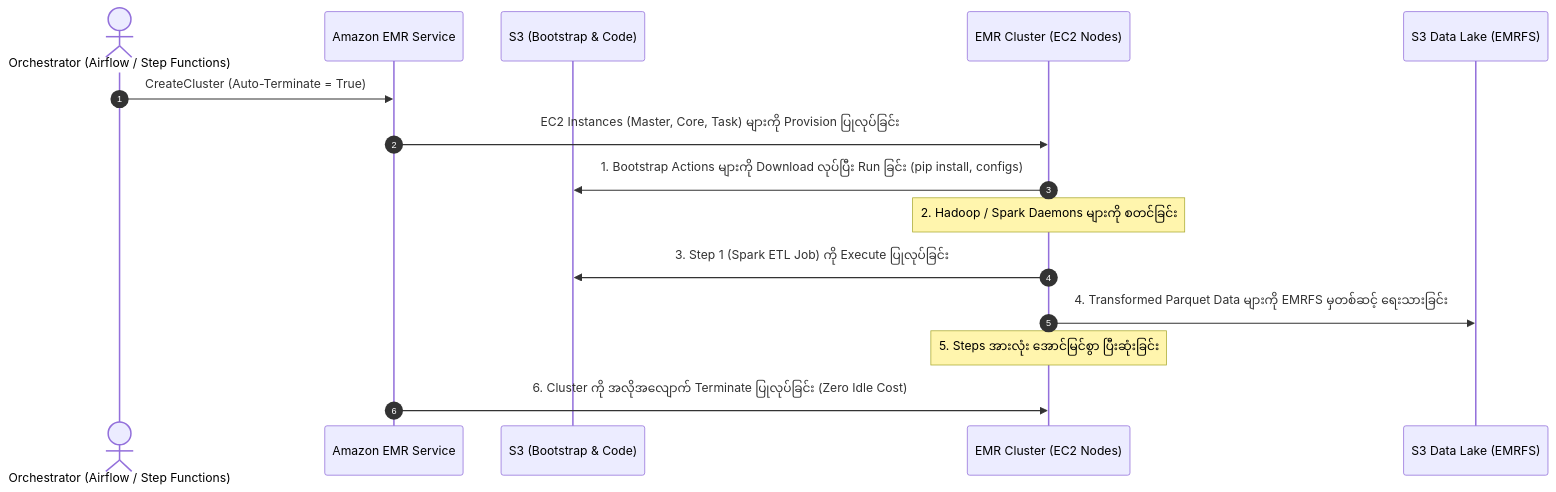
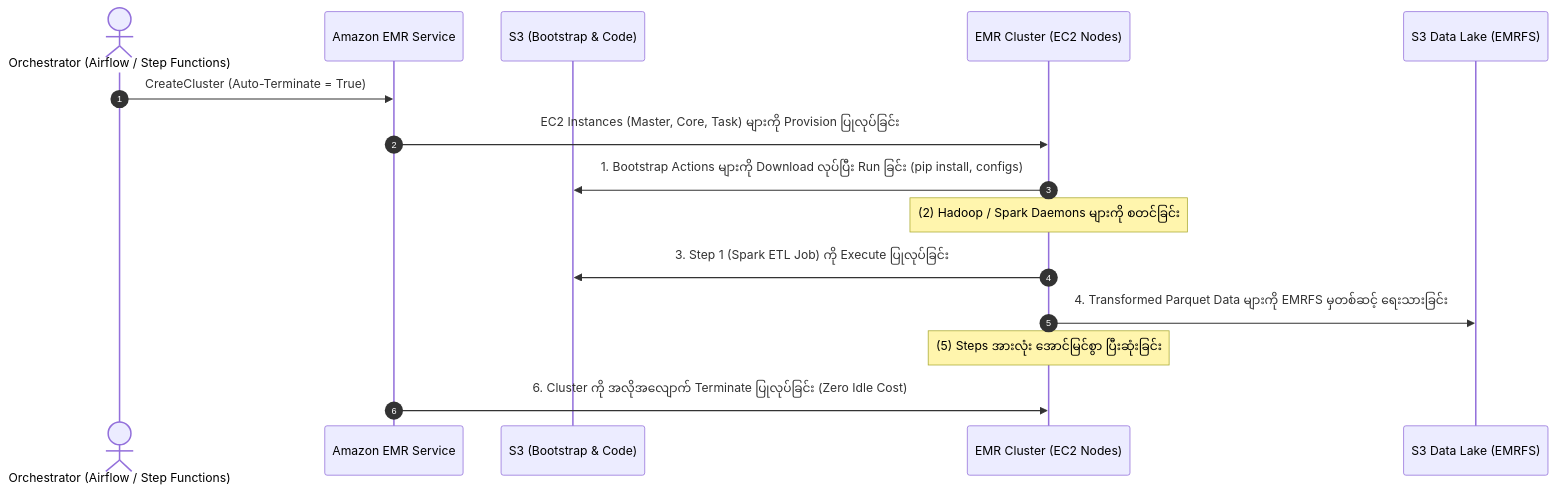
One commit to Wathon/aws-dea-c01-note changed the first of 2 diagrams in content/mm/02-services/analytics-streaming/emr/emr-lifecycle-and-cost.md. Above: the diagram before and after it, drawn with Mermaid. The commit also changed other lines of this file and 49 other files, not shown here.

Commit message:
Fix 'Unsupported markdown: list' Mermaid rendering issues across all English and Burmese notes

````diff
--- a/content/mm/02-services/analytics-streaming/emr/emr-lifecycle-and-cost.md
+++ b/content/mm/02-services/analytics-streaming/emr/emr-lifecycle-and-cost.md
@@ -33,18 +33,18 @@
 ```mermaid
 sequenceDiagram
     autonumber
     actor Pipeline as Orchestrator (Airflow / Step Functions)
     participant EMRService as Amazon EMR Service
     participant S3Scripts as S3 (Bootstrap & Code)
     participant ClusterNodes as EMR Cluster (EC2 Nodes)
     participant S3Lake as S3 Data Lake (EMRFS)
 
     Pipeline->>EMRService: CreateCluster (Auto-Terminate = True)
     EMRService->>ClusterNodes: EC2 Instances (Master, Core, Task) များကို Provision ပြုလုပ်ခြင်း
     ClusterNodes->>S3Scripts: 1. Bootstrap Actions များကို Download လုပ်ပြီး Run ခြင်း (pip install, configs)
-    Note over ClusterNodes: 2. Hadoop / Spark Daemons များကို စတင်ခြင်း
+    Note over ClusterNodes: (2) Hadoop / Spark Daemons များကို စတင်ခြင်း
     ClusterNodes->>S3Scripts: 3. Step 1 (Spark ETL Job) ကို Execute ပြုလုပ်ခြင်း
     ClusterNodes->>S3Lake: 4. Transformed Parquet Data များကို EMRFS မှတစ်ဆင့် ရေးသားခြင်း
-    Note over ClusterNodes: 5. Steps အားလုံး အောင်မြင်စွာ ပြီးဆုံးခြင်း
+    Note over ClusterNodes: (5) Steps အားလုံး အောင်မြင်စွာ ပြီးဆုံးခြင်း
     EMRService->>ClusterNodes: 6. Cluster ကို အလိုအလျောက် Terminate ပြုလုပ်ခြင်း (Zero Idle Cost)
 ```
````
